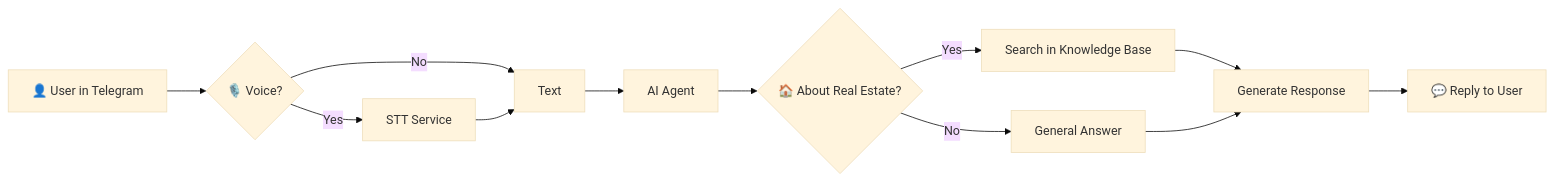
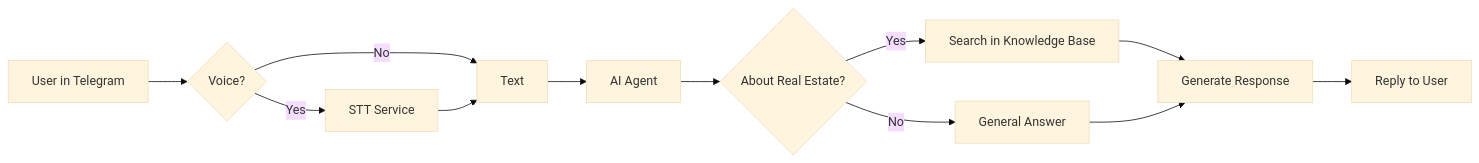
One commit to LizaKevbrina/ai-agent-n8n changed the diagram in README.md. Above: the diagram before and after it, drawn with Mermaid (base theme). The commit also changed other lines of this file, not shown here.

````diff
--- a/README.md
+++ b/README.md
@@ -164,14 +163,14 @@
 ```mermaid
 flowchart LR
-    A[👤 User in Telegram] --> B{🎙️ Voice?}
+    A[ User in Telegram] --> B{ Voice?}
     B -->|Yes| C[STT Service]
     B -->|No| D[Text]
     C --> D
     D --> E[AI Agent]
-    E --> F{🏠 About Real Estate?}
+    E --> F{ About Real Estate?}
     F -->|Yes| G[Search in Knowledge Base]
     F -->|No| H[General Answer]
     G --> I[Generate Response]
     H --> I
-    I --> J[💬 Reply to User]
+    I --> J[ Reply to User]
 ```
````
